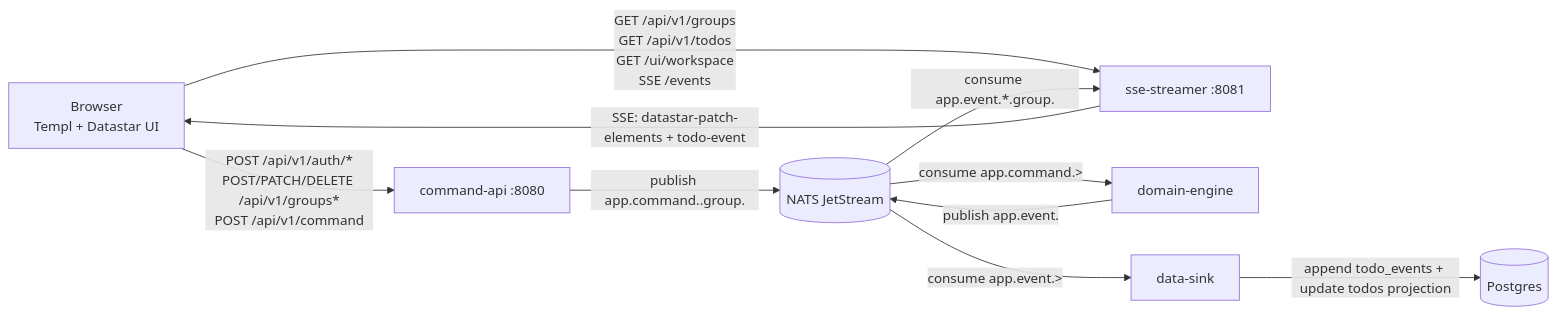
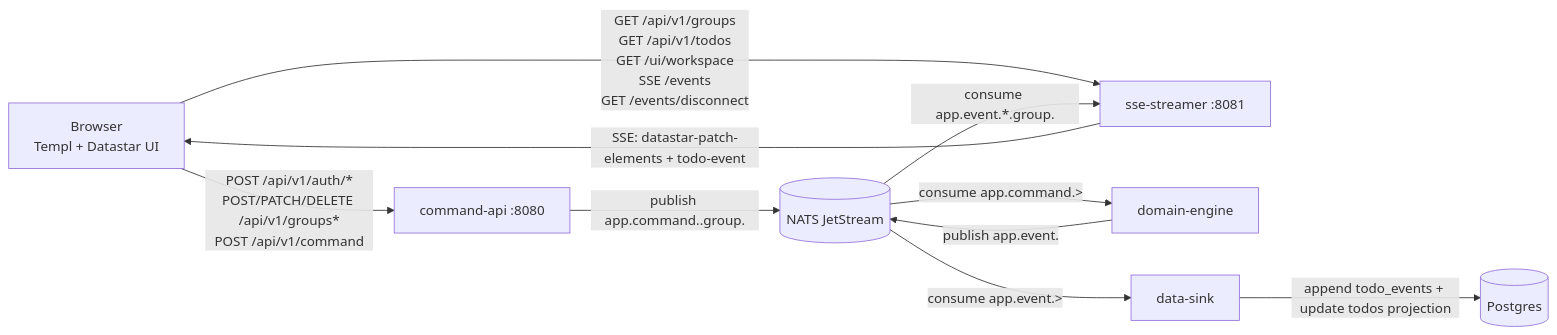
One commit to lieranderl/todo-1M changed the first of 5 diagrams in README.md. Above: the diagram before and after it, drawn with Mermaid. The commit also changed other lines of this file and 25 other files, not shown here.

````diff
--- a/README.md
+++ b/README.md
@@ -20,15 +48,15 @@
 ```mermaid
 flowchart LR
     B[Browser<br/>Templ + Datastar UI] -->|POST /api/v1/auth/*<br/>POST/PATCH/DELETE /api/v1/groups*<br/>POST /api/v1/command| A[command-api :8080]
-    B -->|GET /api/v1/groups<br/>GET /api/v1/todos<br/>GET /ui/workspace<br/>SSE /events| S[sse-streamer :8081]
+    B -->|GET /api/v1/groups<br/>GET /api/v1/todos<br/>GET /ui/workspace<br/>SSE /events<br/>GET /events/disconnect| S[sse-streamer :8081]
 
     A -->|publish app.command.<shard>.group.<group_id>| N[(NATS JetStream)]
     N -->|consume app.command.>| D[domain-engine]
     D -->|publish app.event.<shard>| N
 
     N -->|consume app.event.>| K[data-sink]
     K -->|append todo_events + update todos projection| P[(Postgres)]
 
     N -->|consume app.event.*.group.<group_id>| S
     S -->|SSE: datastar-patch-elements + todo-event| B
 ```
````
